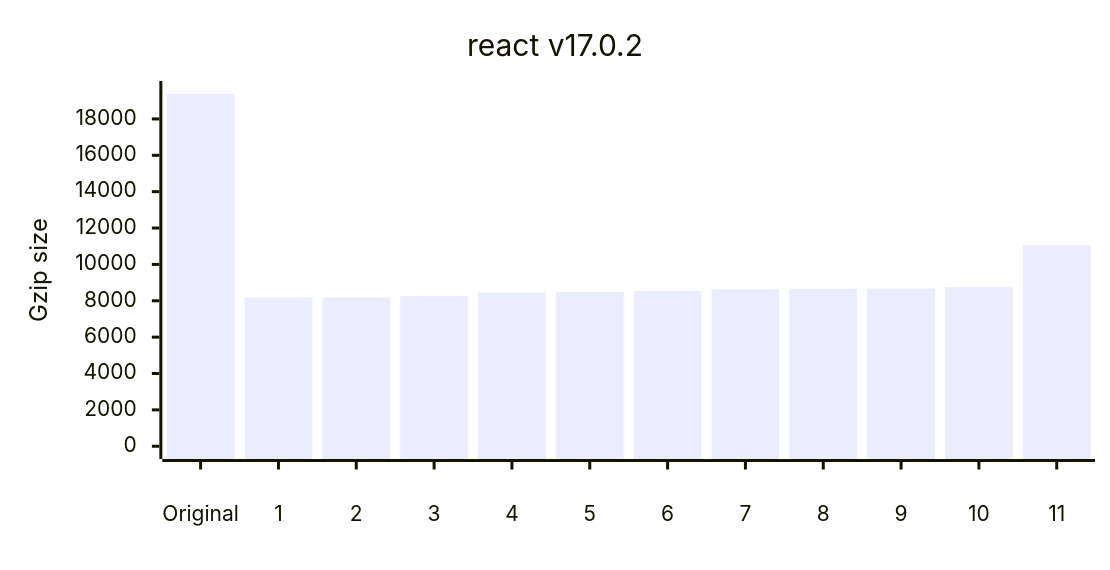
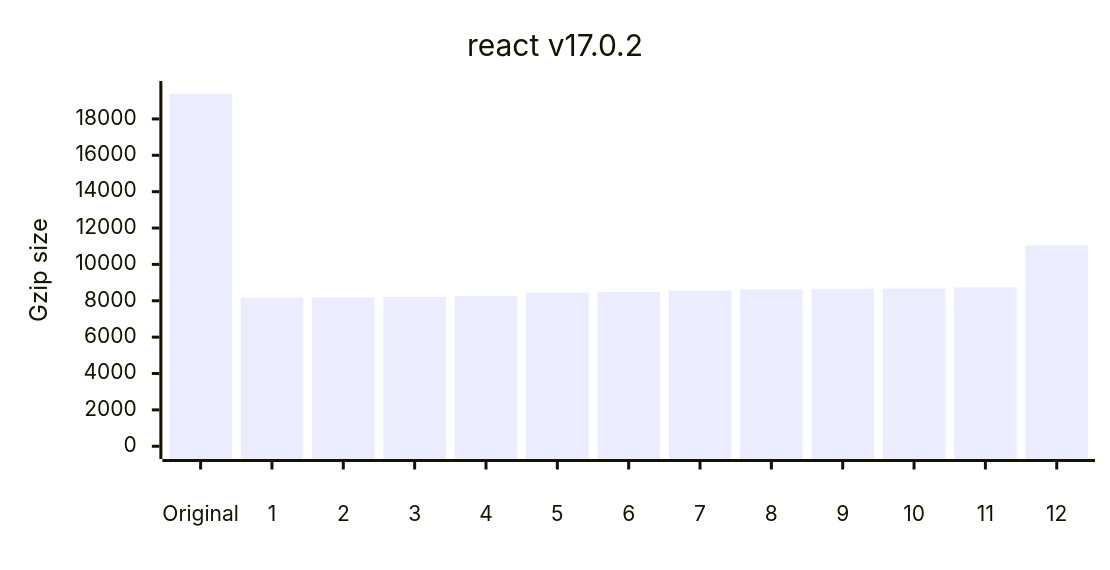
One commit to privatenumber/minification-benchmarks changed the first of 12 diagrams in README.md. Above: the diagram before and after it, drawn with Mermaid. The commit also changed other lines of this file and 1 other file, not shown here.

````diff
--- a/README.md
+++ b/README.md
@@ -77,17 +77,17 @@
 ```mermaid
 ---
 config:
     xyChart:
         width: 720
         height: 360
         xAxis:
             labelPadding: 20
         yAxis:
             labelPadding: 10
 ---
 xychart-beta
 	title "react v17.0.2"
-	x-axis ["Original",1,2,3,4,5,6,7,8,9,10,11]
+	x-axis ["Original",1,2,3,4,5,6,7,8,9,10,11,12]
 	y-axis "Gzip size" 0 --> 19385
-	bar [19385,8177,8186,8265,8448,8493,8543,8628,8661,8668,8746,11040]
+	bar [19385,8177,8186,8216,8265,8448,8493,8543,8628,8661,8668,8746,11040]
 ```
````
